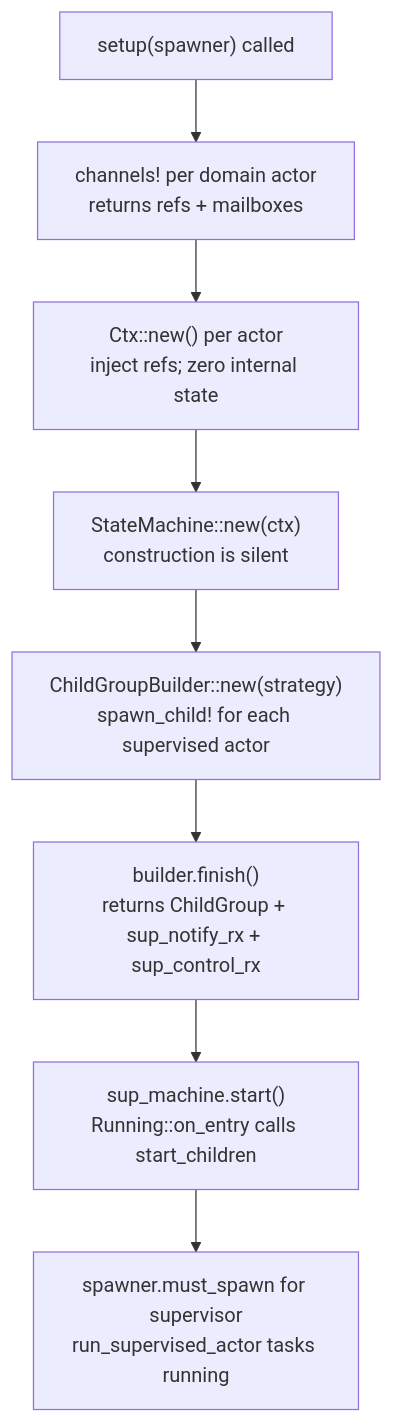
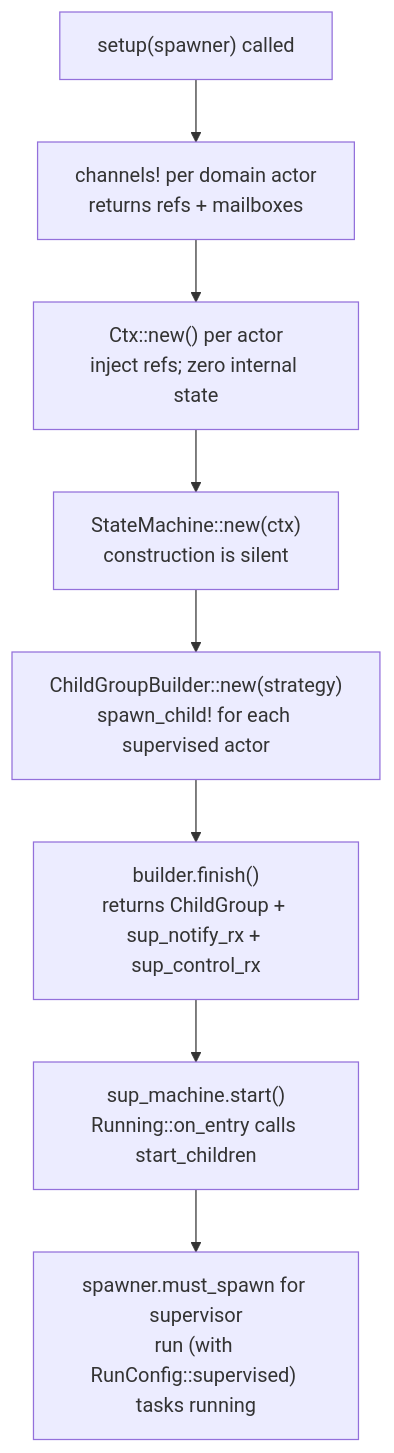
The diagram in spec/architecture/09-application.md (bloxide-com/bloxide), drawn with Mermaid before and after one commit. The commit also changed 16 other files, not shown here.

First line of the commit message:
Unify 6 run fns → 1 run() per runtime with RunConfig

````diff
--- a/spec/architecture/09-application.md
+++ b/spec/architecture/09-application.md
@@ -48,11 +48,11 @@
 ```mermaid
 flowchart TD
     A["setup(spawner) called"] --> B
     B["channels! per domain actor\nreturns refs + mailboxes"] --> C
     C["Ctx::new() per actor\ninject refs; zero internal state"] --> D
     D["StateMachine::new(ctx)\nconstruction is silent"] --> E
     E["ChildGroupBuilder::new(strategy)\nspawn_child! for each supervised actor"] --> F
     F["builder.finish()\nreturns ChildGroup + sup_notify_rx + sup_control_rx"] --> G
     G["sup_machine.start()\nRunning::on_entry calls start_children"] --> H
-    H["spawner.must_spawn for supervisor\nrun_supervised_actor tasks running"]
+    H["spawner.must_spawn for supervisor\nrun (with RunConfig::supervised) tasks running"]
 ```
````
